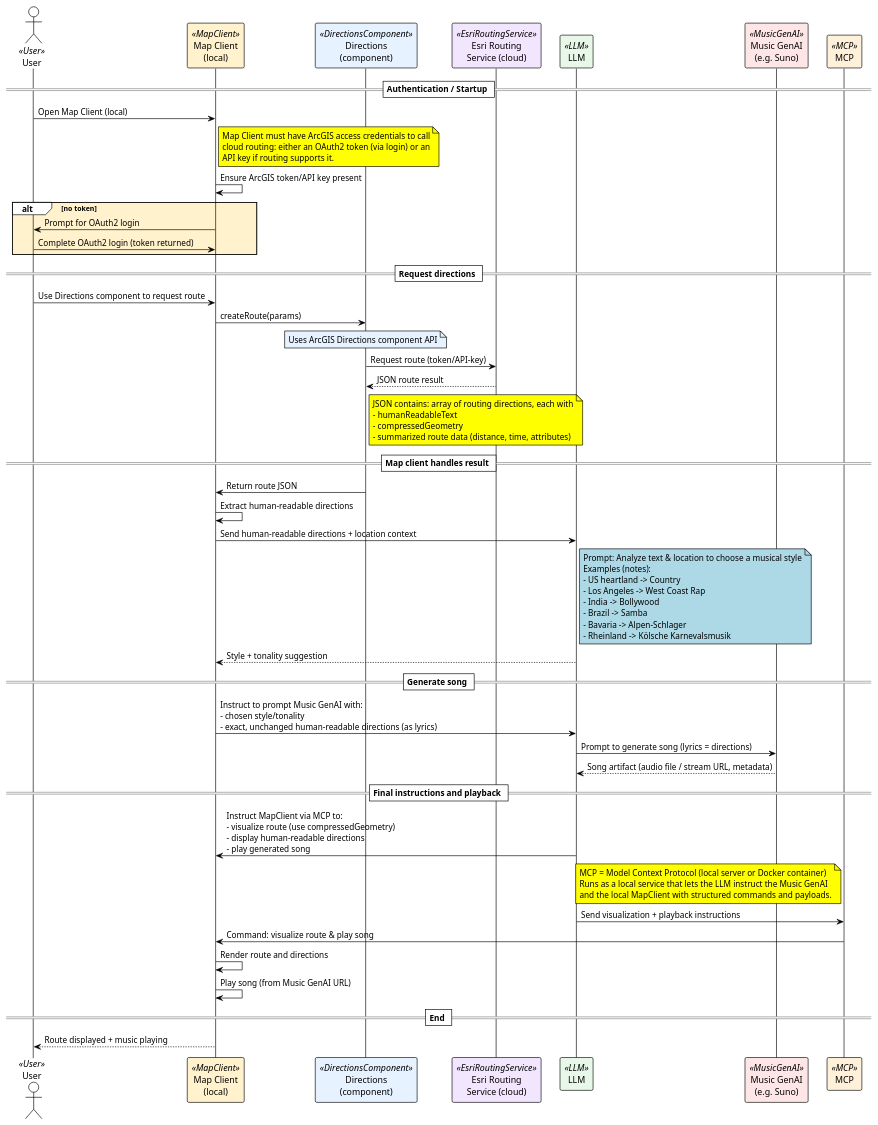
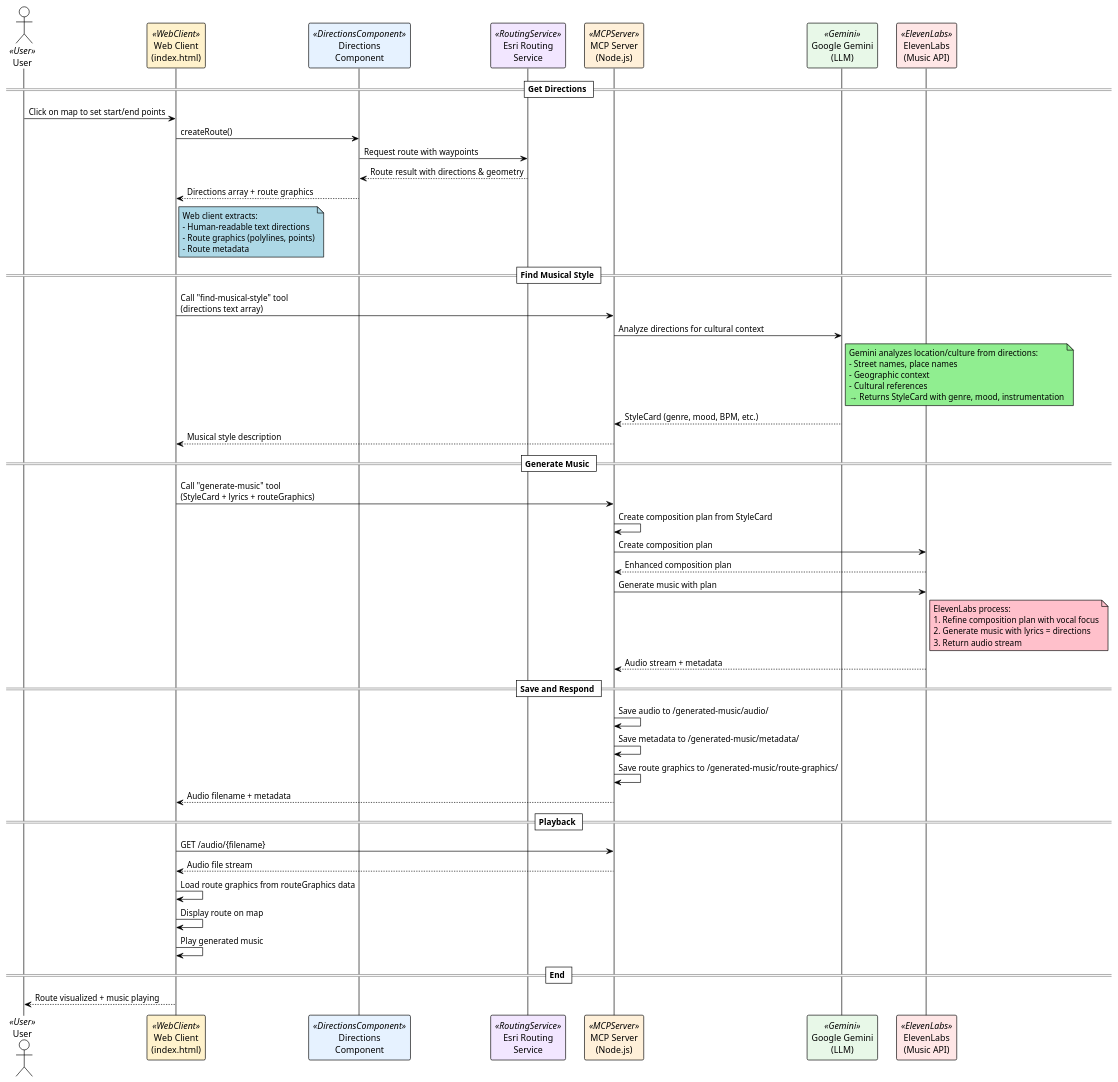
The diagram in Directions2Music_sequenceDiagram.puml (esride-nik/Directions2Music), drawn with PlantUML before and after one commit.

Commit message:
diagram simplified

```diff
--- a/Directions2Music_sequenceDiagram.puml
+++ b/Directions2Music_sequenceDiagram.puml
@@ -1,91 +1,82 @@
 @startuml
 !theme plain
 
-' Sequence diagram mapping the flow you described
-' Actors: User, MapClient, DirectionsComponent, EsriRoutingService, LLM, MusicGenAI, MCP
+' Simplified sequence diagram showing the actual implementation
+' User interacts with Web Client, which calls MCP Server that orchestrates LLM and ElevenLabs
 
 '' Participant colors
 skinparam participant {
   BackgroundColor<<User>> LightGoldenRodYellow
-  BackgroundColor<<MapClient>> #FFF2CC
+  BackgroundColor<<WebClient>> #FFF2CC
   BackgroundColor<<DirectionsComponent>> #E6F2FF
-  BackgroundColor<<EsriRoutingService>> #F2E6FF
-  BackgroundColor<<LLM>> #E8F8E8
-  BackgroundColor<<MusicGenAI>> #FFE6E6
-  BackgroundColor<<MCP>> #FFF0D9
+  BackgroundColor<<RoutingService>> #F2E6FF
+  BackgroundColor<<MCPServer>> #FFF0D9
+  BackgroundColor<<Gemini>> #E8F8E8
+  BackgroundColor<<ElevenLabs>> #FFE6E6
 }
 
 actor User <<User>>
-participant "Map Client\n(local)" as MapClient <<MapClient>>
-participant "Directions\n(component)" as DirectionsComponent <<DirectionsComponent>>
-participant "Esri Routing\nService (cloud)" as EsriRoutingService <<EsriRoutingService>>
-participant LLM <<LLM>>
-participant "Music GenAI\n(e.g. Suno)" as MusicGenAI <<MusicGenAI>>
-participant MCP <<MCP>>
+participant "Web Client\n(index.html)" as WebClient <<WebClient>>
+participant "Directions\nComponent" as DirectionsComponent <<DirectionsComponent>>
+participant "Esri Routing\nService" as RoutingService <<RoutingService>>
+participant "MCP Server\n(Node.js)" as MCPServer <<MCPServer>>
+participant "Google Gemini\n(LLM)" as Gemini <<Gemini>>
+participant "ElevenLabs\n(Music API)" as ElevenLabs <<ElevenLabs>>
 
-== Authentication / Startup ==
-User -> MapClient: Open Map Client (local)
-note right of MapClient #yellow
- Map Client must have ArcGIS access credentials to call
- cloud routing: either an OAuth2 token (via login) or an
- API key if routing supports it.
-end note
-MapClient -> MapClient: Ensure ArcGIS token/API key present
-alt #FFF2CC no token
- MapClient -> User: Prompt for OAuth2 login
- User -> MapClient: Complete OAuth2 login (token returned)
-end
-
-== Request directions ==
-User -> MapClient: Use Directions component to request route
-MapClient -> DirectionsComponent: createRoute(params)
-note over DirectionsComponent #E6F2FF
- Uses ArcGIS Directions component API
-end note
-DirectionsComponent -> EsriRoutingService: Request route (token/API-key)
-EsriRoutingService --> DirectionsComponent: JSON route result
-note right of DirectionsComponent #yellow
- JSON contains: array of routing directions, each with
- - humanReadableText
- - compressedGeometry
- - summarized route data (distance, time, attributes)
+== Get Directions ==
+User -> WebClient: Click on map to set start/end points
+WebClient -> DirectionsComponent: createRoute()
+DirectionsComponent -> RoutingService: Request route with waypoints
+RoutingService --> DirectionsComponent: Route result with directions & geometry
+DirectionsComponent --> WebClient: Directions array + route graphics
+note right of WebClient #lightblue
+ Web client extracts:
+ - Human-readable text directions
+ - Route graphics (polylines, points)
+ - Route metadata
 end note
 
-== Map client handles result ==
-DirectionsComponent -> MapClient: Return route JSON
-MapClient -> MapClient: Extract human-readable directions
-MapClient -> LLM: Send human-readable directions + location context
-note right of LLM #lightblue
- Prompt: Analyze text & location to choose a musical style
- Examples (notes):
- - US heartland -> Country
- - Los Angeles -> West Coast Rap
- - India -> Bollywood
- - Brazil -> Samba
- - Bavaria -> Alpen-Schlager
- - Rheinland -> Kölsche Karnevalsmusik
+== Find Musical Style ==
+WebClient -> MCPServer: Call "find-musical-style" tool\n(directions text array)
+MCPServer -> Gemini: Analyze directions for cultural context
+note right of Gemini #lightgreen
+ Gemini analyzes location/culture from directions:
+ - Street names, place names
+ - Geographic context
+ - Cultural references
+ → Returns StyleCard with genre, mood, instrumentation
 end note
+Gemini --> MCPServer: StyleCard (genre, mood, BPM, etc.)
+MCPServer --> WebClient: Musical style description
 
-LLM --> MapClient: Style + tonality suggestion
+== Generate Music ==
+WebClient -> MCPServer: Call "generate-music" tool\n(StyleCard + lyrics + routeGraphics)
+MCPServer -> MCPServer: Create composition plan from StyleCard
+MCPServer -> ElevenLabs: Create composition plan
+ElevenLabs --> MCPServer: Enhanced composition plan
+MCPServer -> ElevenLabs: Generate music with plan
+note right of ElevenLabs #pink
+ ElevenLabs process:
+ 1. Refine composition plan with vocal focus
+ 2. Generate music with lyrics = directions
+ 3. Return audio stream
+end note
+ElevenLabs --> MCPServer: Audio stream + metadata
 
-== Generate song ==
-MapClient -> LLM: Instruct to prompt Music GenAI with:\n- chosen style/tonality\n- exact, unchanged human-readable directions (as lyrics)
-LLM -> MusicGenAI: Prompt to generate song (lyrics = directions)
-MusicGenAI --> LLM: Song artifact (audio file / stream URL, metadata)
+== Save and Respond ==
+MCPServer -> MCPServer: Save audio to /generated-music/audio/
+MCPServer -> MCPServer: Save metadata to /generated-music/metadata/
+MCPServer -> MCPServer: Save route graphics to /generated-music/route-graphics/
+MCPServer --> WebClient: Audio filename + metadata
 
-== Final instructions and playback ==
-LLM -> MapClient: Instruct MapClient via MCP to:\n- visualize route (use compressedGeometry)\n- display human-readable directions\n- play generated song
-note left of MCP #yellow
- MCP = Model Context Protocol (local server or Docker container)
- Runs as a local service that lets the LLM instruct the Music GenAI
- and the local MapClient with structured commands and payloads.
-end note
-LLM -> MCP: Send visualization + playback instructions
-MCP -> MapClient: Command: visualize route & play song
-MapClient -> MapClient: Render route and directions
-MapClient -> MapClient: Play song (from Music GenAI URL)
+== Playback ==
+WebClient -> MCPServer: GET /audio/{filename}
+MCPServer --> WebClient: Audio file stream
+WebClient -> WebClient: Load route graphics from routeGraphics data
+WebClient -> WebClient: Display route on map
+WebClient -> WebClient: Play generated music
 
 == End ==
-User <-- MapClient: Route displayed + music playing
+User <-- WebClient: Route visualized + music playing
 
 @enduml
```
